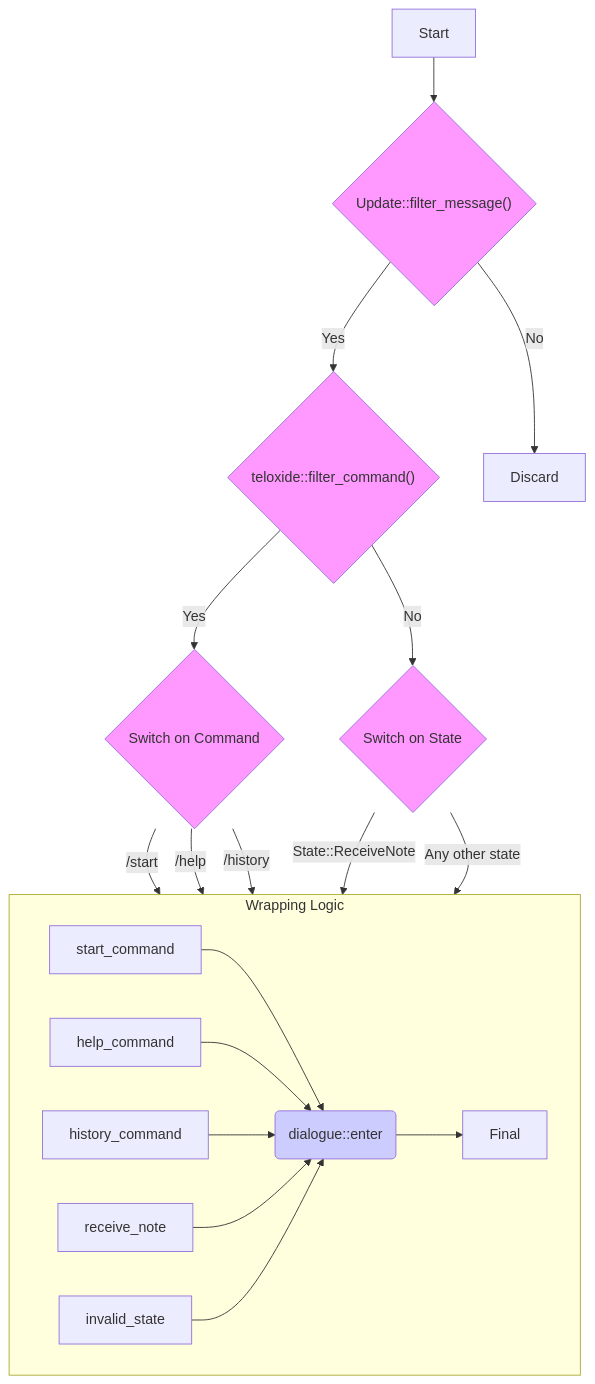
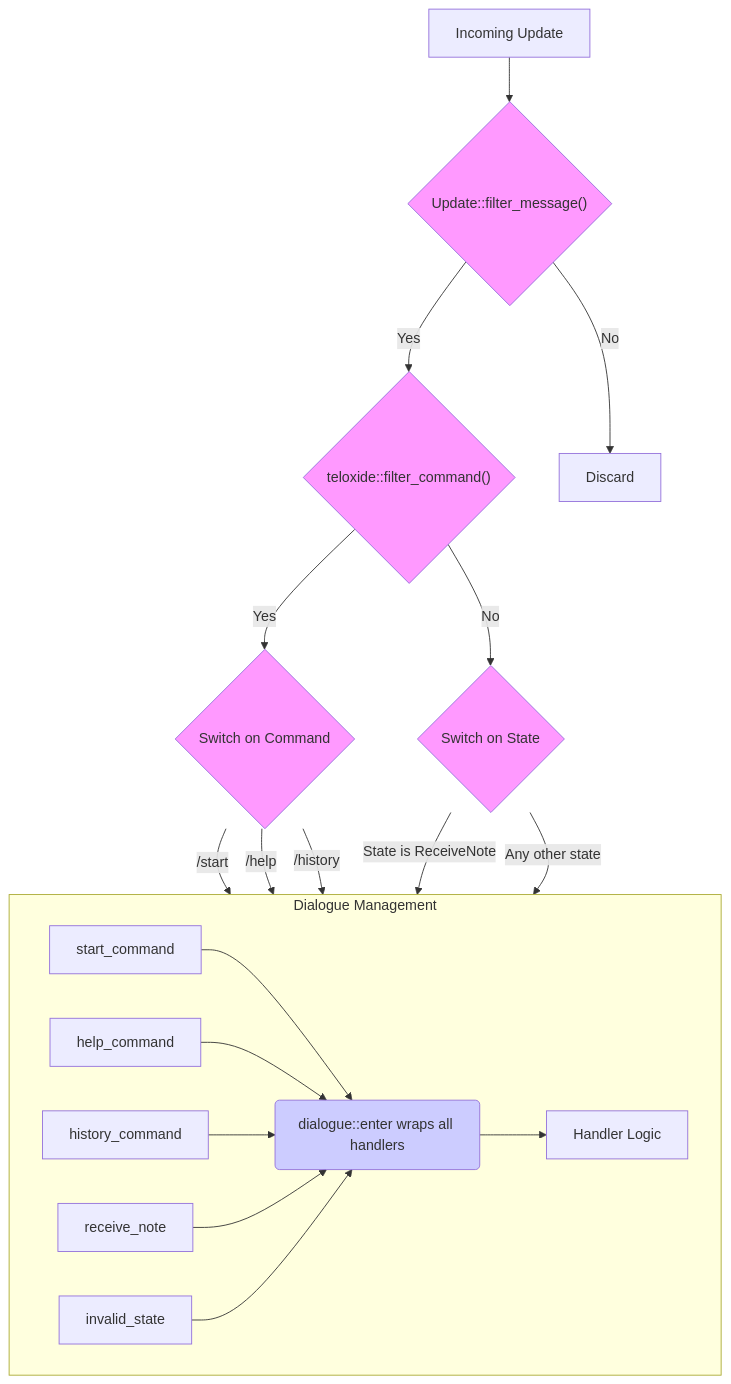
The fourth of 5 diagrams in rust/architecting-a-state-aware-conversational-bot.md (quanhua92/ai-notes), drawn with Mermaid before and after one commit. The commit also changed other lines of this file and 3 other files, not shown here.

````diff
--- a/rust/architecting-a-state-aware-conversational-bot.md
+++ b/rust/architecting-a-state-aware-conversational-bot.md
@@ -568,32 +591,32 @@
 ```mermaid
 graph TD
-    Start --> IsMessage{"Update::filter_message()"};
+    Start[Incoming Update] --> IsMessage{"Update::filter_message()"};
     IsMessage -- Yes --> IsCommand{"teloxide::filter_command()"};
     IsMessage -- No --> Reject1[Discard];
 
     IsCommand -- Yes --> CommandSwitch{Switch on Command};
     IsCommand -- No --> CheckState{Switch on State};
 
     CommandSwitch -- /start --> H_Start[start_command];
     CommandSwitch -- /help --> H_Help[help_command];
     CommandSwitch -- /history --> H_History[history_command];
 
-    CheckState -- State::ReceiveNote --> H_Note[receive_note];
+    CheckState -- State is ReceiveNote --> H_Note[receive_note];
     CheckState -- Any other state --> H_Invalid[invalid_state];
 
-    subgraph "Wrapping Logic"
+    subgraph "Dialogue Management"
       direction LR
       H_Start --> Enter;
       H_Help --> Enter;
       H_History --> Enter;
       H_Note --> Enter;
       H_Invalid --> Enter;
-      Enter(dialogue::enter) --> Final;
+      Enter(dialogue::enter wraps all handlers) --> Final[Handler Logic];
     end
 
     style IsMessage fill:#f9f
     style IsCommand fill:#f9f
     style CheckState fill:#f9f
     style CommandSwitch fill:#f9f
     style Enter fill:#ccf
 ```
````
